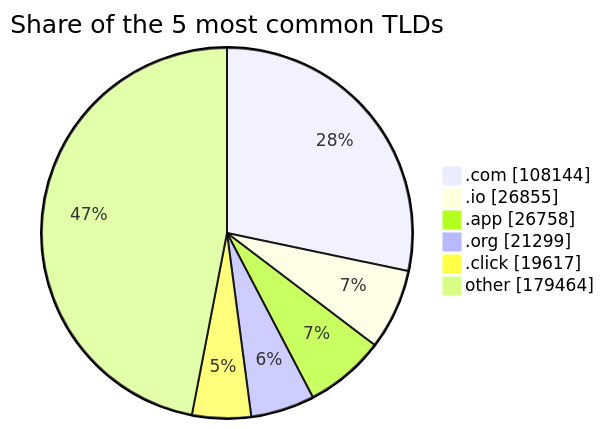
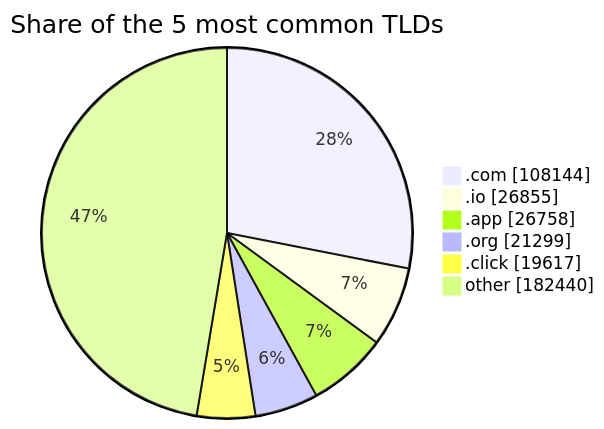
Before and after one commit to DNSBunker/CTI: the third of 3 diagrams in README.md, drawn with Mermaid. The commit also changed other lines of this file and 3 other files, not shown here.

````diff
--- a/README.md
+++ b/README.md
@@ -81,9 +81,9 @@
 ```mermaid
 pie showData title Share of the 5 most common TLDs
     ".com" : 108144
     ".io" : 26855
     ".app" : 26758
     ".org" : 21299
     ".click" : 19617
-    "other" : 179464
+    "other" : 182440
 ```
````
